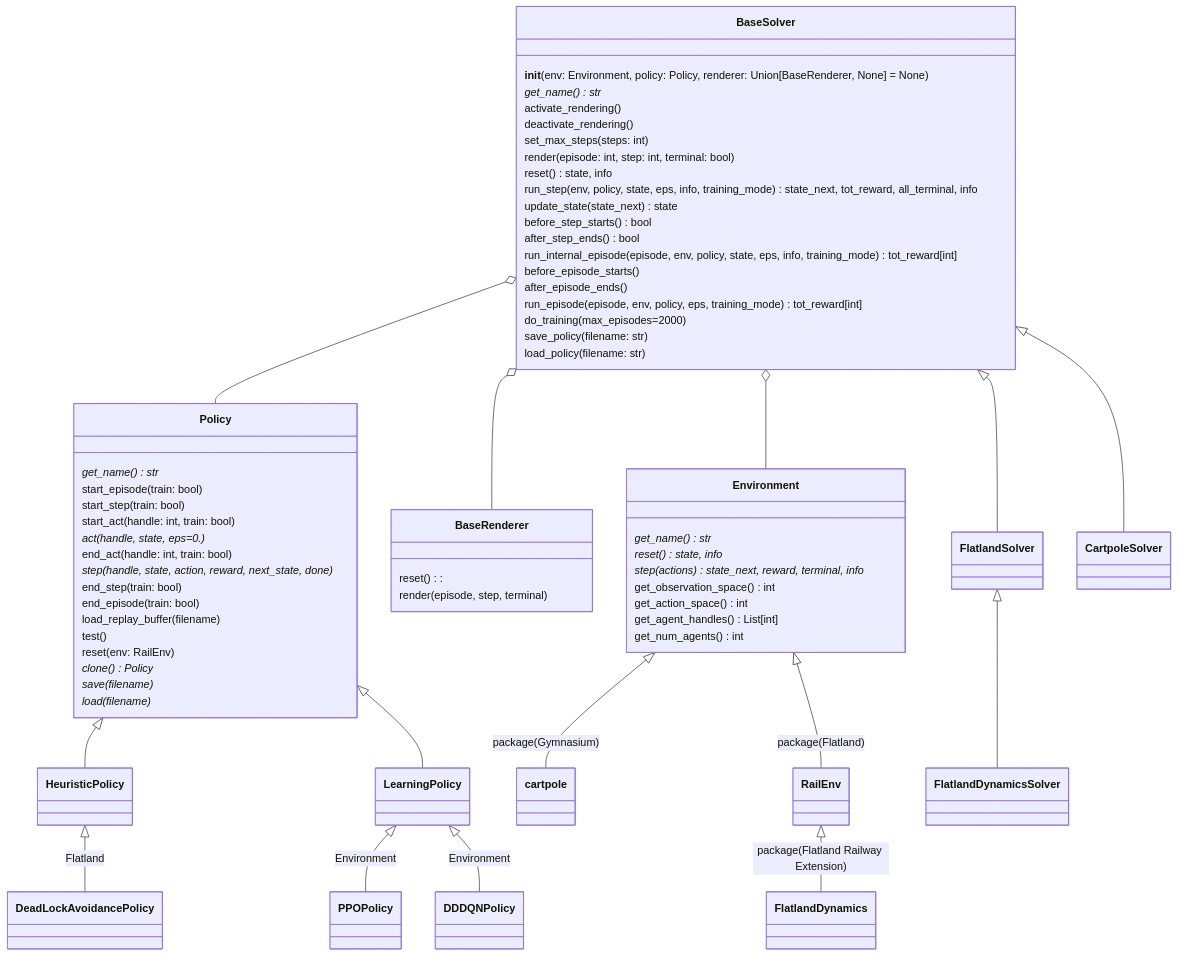
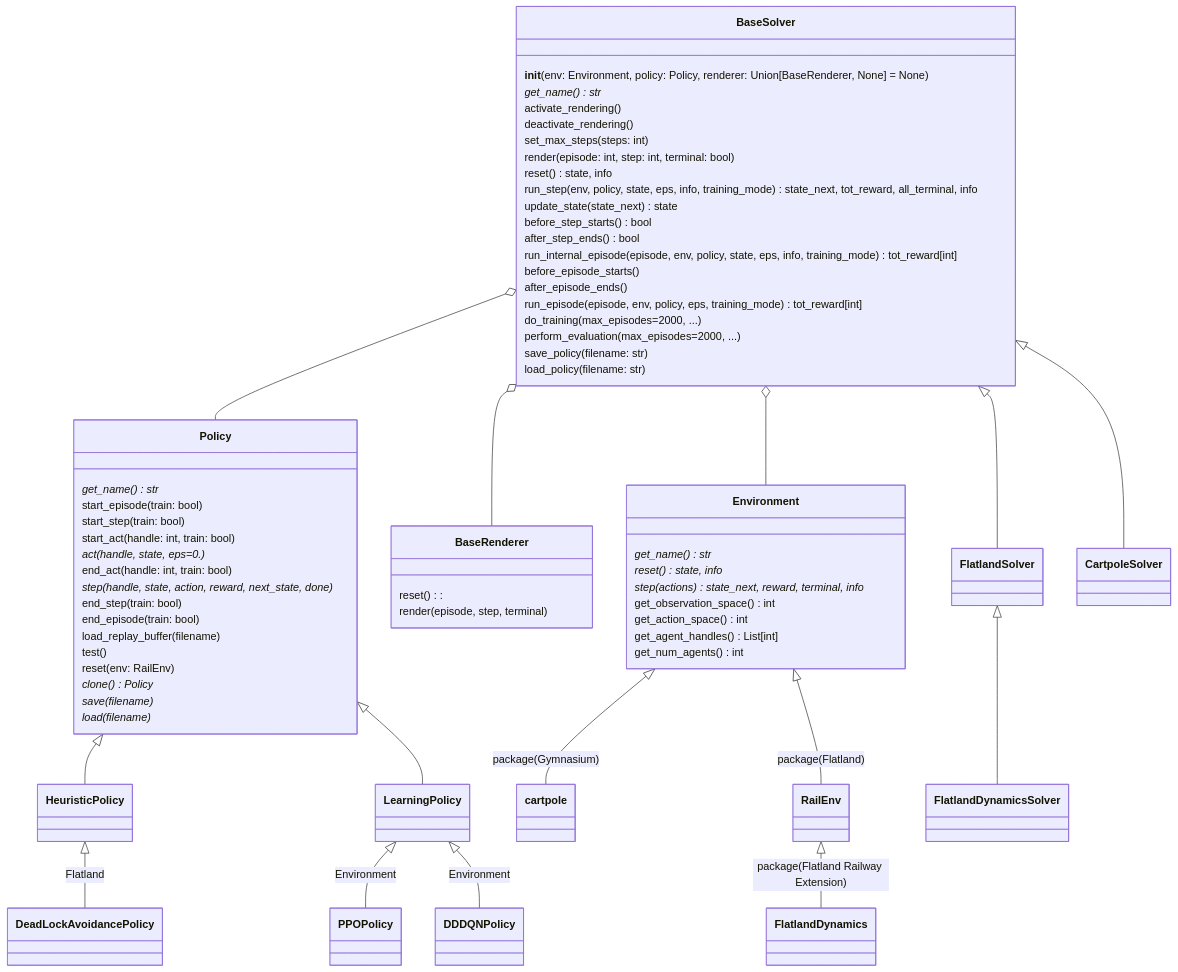
Before and after one commit to aiAdrian/flatland_solver_policy: the second of 3 diagrams in README.md, drawn with Mermaid. The commit also changed other lines of this file and 4 other files, not shown here.

````diff
--- a/README.md
+++ b/README.md
@@ -33,78 +33,79 @@
 ```mermaid
 classDiagram
        
     BaseSolver o-- Policy
     BaseSolver o-- BaseRenderer
     BaseSolver o-- Environment
 
     Environment <|-- cartpole : package(Gymnasium)
     Environment <|-- RailEnv : package(Flatland)
     RailEnv <|-- FlatlandDynamics : package(Flatland Railway Extension)
     
     BaseSolver <|-- FlatlandSolver
     BaseSolver <|-- CartpoleSolver
     FlatlandSolver <|-- FlatlandDynamicsSolver
     
     Policy  <|-- HeuristicPolicy
 
     HeuristicPolicy  <|-- DeadLockAvoidancePolicy : Flatland
 
     Policy  <|-- LearningPolicy
 
     LearningPolicy <|-- PPOPolicy : Environment
     LearningPolicy <|-- DDDQNPolicy : Environment
 
     class Environment {
         get_name()* str       
         reset()* state, info
         step(actions)* state_next, reward, terminal, info
         get_observation_space() int
         get_action_space() int
         get_agent_handles() List[int] 
         get_num_agents() int 
     }
 
     class Policy {
       get_name()* str
       start_episode(train: bool)
       start_step(train: bool)
       start_act(handle: int, train: bool)
       act(handle, state, eps=0.)*
       end_act(handle: int, train: bool)
       step(handle, state, action, reward, next_state, done)*
       end_step(train: bool)
       end_episode(train: bool)
       load_replay_buffer(filename)
       test()
       reset(env: RailEnv)
       clone()* Policy
       save(filename)*
       load(filename)* 
     }
 
     class BaseRenderer {
         reset():
         render(episode, step, terminal)
     }
 
     class BaseSolver {
         __init__(env: Environment, policy: Policy, renderer: Union[BaseRenderer, None] = None)
         get_name()* str
         activate_rendering()
         deactivate_rendering()
         set_max_steps(steps: int)
         render(episode: int, step: int, terminal: bool)
         reset() state, info
         run_step(env, policy, state, eps, info, training_mode) state_next, tot_reward, all_terminal, info
         update_state(state_next) state
         before_step_starts() bool
         after_step_ends() bool
         run_internal_episode( episode, env, policy, state, eps, info, training_mode) tot_reward[int]
         before_episode_starts()
         after_episode_ends()
         run_episode(episode, env, policy, eps, training_mode) tot_reward[int]
-        do_training(max_episodes=2000)
+        do_training(max_episodes=2000, ...)
+        perform_evaluation(max_episodes=2000, ...)
         save_policy(filename: str)
         load_policy(filename: str)
     }
 ``` 
````
